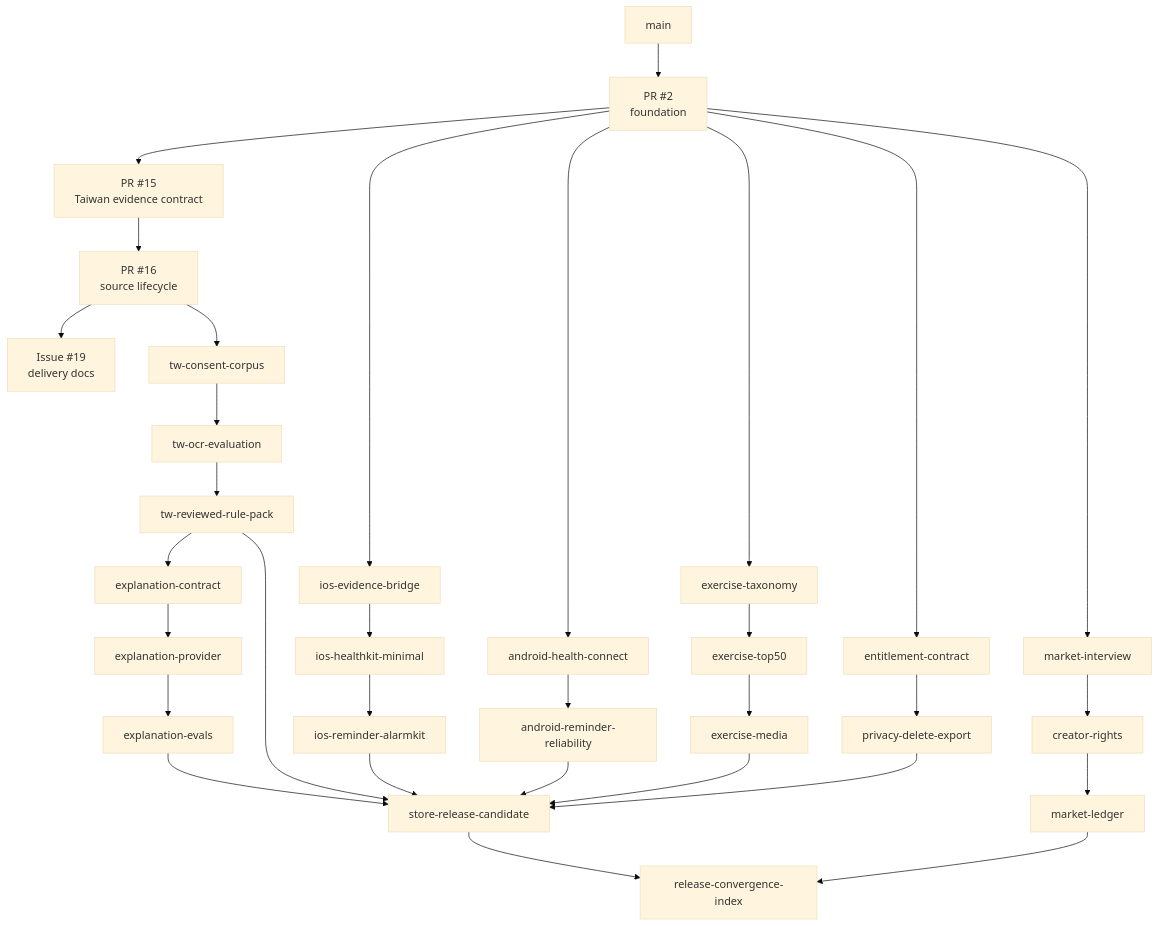
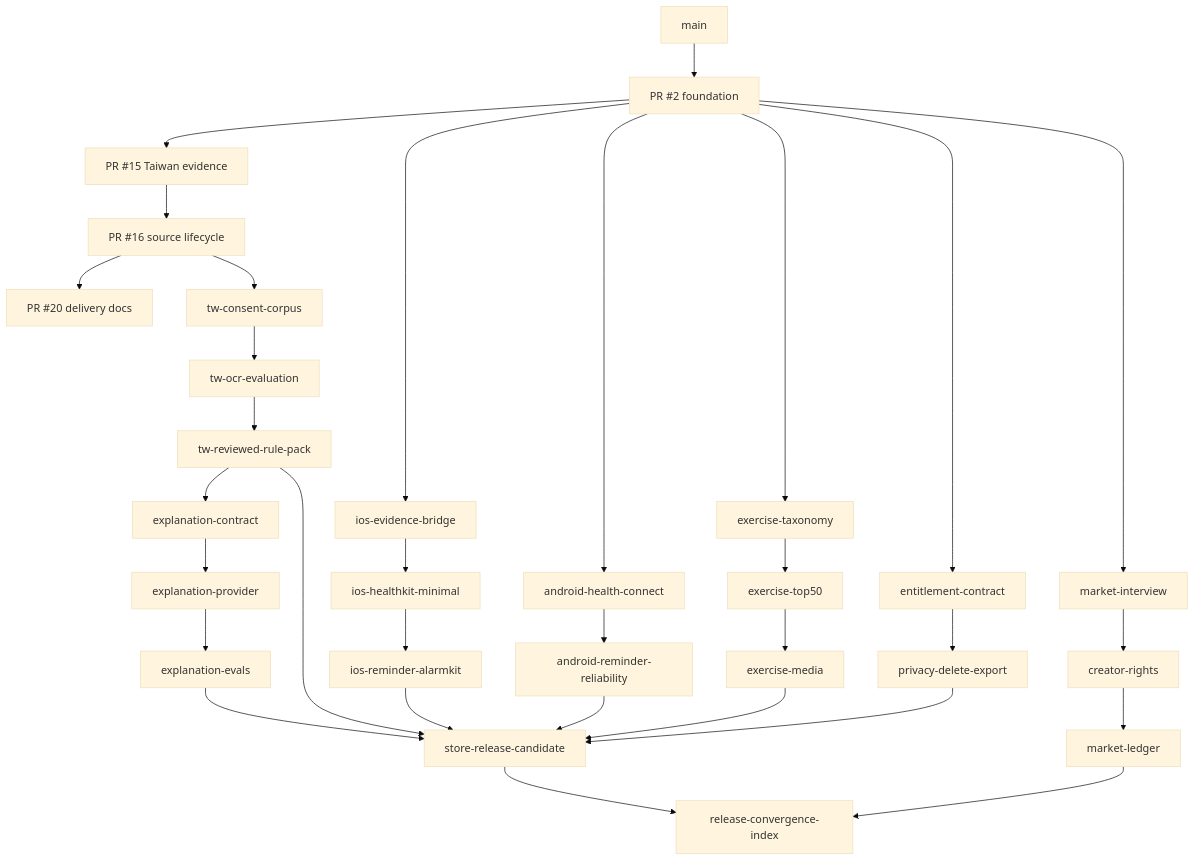
One commit to ed3c/gym-come-true changed the diagram in docs/git/STACKED_PRS.md. Above: the diagram before and after it, drawn with Mermaid (base theme). The commit also changed other lines of this file and 4 other files, not shown here.

````diff
--- a/docs/git/STACKED_PRS.md
+++ b/docs/git/STACKED_PRS.md
@@ -33,55 +35,46 @@
 ```mermaid
 flowchart TB
     MAIN[main]
-    F[PR #2<br/>foundation]
-    TW0[PR #15<br/>Taiwan evidence contract]
-    TWL[PR #16<br/>source lifecycle]
-    DOC[Issue #19<br/>delivery docs]
+    F[PR #2 foundation]
+    TW0[PR #15 Taiwan evidence]
+    TWL[PR #16 source lifecycle]
+    DOC[PR #20 delivery docs]
     TWC[tw-consent-corpus]
     TWO[tw-ocr-evaluation]
     TWR[tw-reviewed-rule-pack]
-
     I1[ios-evidence-bridge]
     I2[ios-healthkit-minimal]
     I3[ios-reminder-alarmkit]
-
     A1[android-health-connect]
     A2[android-reminder-reliability]
-
     C1[exercise-taxonomy]
     C2[exercise-top50]
     C3[exercise-media]
-
     L1[explanation-contract]
     L2[explanation-provider]
     L3[explanation-evals]
-
     E1[entitlement-contract]
     E2[privacy-delete-export]
     E3[store-release-candidate]
-
     M1[market-interview]
     M2[creator-rights]
     M3[market-ledger]
-
     X[release-convergence-index]
 
-    MAIN --> F
-    F --> TW0 --> TWL --> DOC
+    MAIN --> F --> TW0 --> TWL --> DOC
     TWL --> TWC --> TWO --> TWR
     F --> I1 --> I2 --> I3
     F --> A1 --> A2
     F --> C1 --> C2 --> C3
     TWR --> L1 --> L2 --> L3
     F --> E1 --> E2
     F --> M1 --> M2 --> M3
-
     TWR --> E3
     I3 --> E3
     A2 --> E3
     C3 --> E3
     L3 --> E3
     E2 --> E3
+    E3 --> X
     M3 --> X
-    E3 --> X
 ```
````
